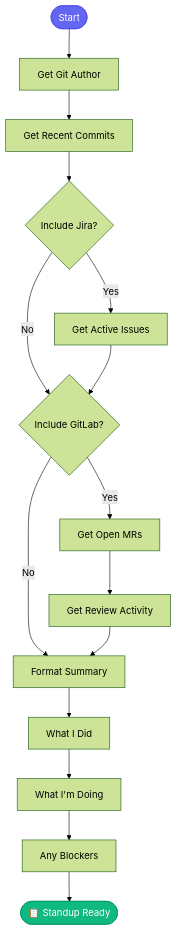
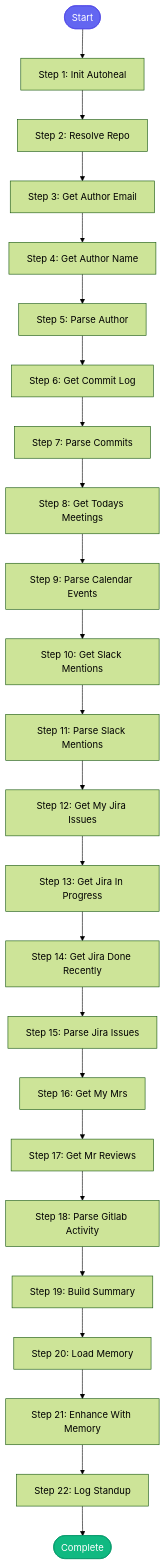
Before and after one commit to dmzoneill/redhat-ai-workflow: the diagram in docs/skills/standup_summary.md, drawn with Mermaid (forest theme). The commit also changed other lines of this file and 49 other files, not shown here.

````diff
--- a/docs/skills/standup_summary.md
+++ b/docs/skills/standup_summary.md
@@ -32,25 +46,52 @@
 ```mermaid
 flowchart TD
-    START([Start]) --> AUTHOR[Get Git Author]
-    AUTHOR --> COMMITS[Get Recent Commits]
-
-    COMMITS --> JIRA{Include Jira?}
-    JIRA -->|Yes| ISSUES[Get Active Issues]
-    JIRA -->|No| GITLAB_CHECK
-    ISSUES --> GITLAB_CHECK
-
-    GITLAB_CHECK{Include GitLab?}
-    GITLAB_CHECK -->|Yes| MRS[Get Open MRs]
-    GITLAB_CHECK -->|No| FORMAT
-    MRS --> REVIEWS[Get Review Activity]
-    REVIEWS --> FORMAT
-
-    FORMAT[Format Summary] --> YESTERDAY[What I Did]
-    YESTERDAY --> TODAY[What I'm Doing]
-    TODAY --> BLOCKERS[Any Blockers]
-
-    BLOCKERS --> DONE([📋 Standup Ready])
+    START([Start])
+    STEP1[Step 1: Init Autoheal]
+    START --> STEP1
+    STEP2[Step 2: Resolve Repo]
+    STEP1 --> STEP2
+    STEP3[Step 3: Get Author Email]
+    STEP2 --> STEP3
+    STEP4[Step 4: Get Author Name]
+    STEP3 --> STEP4
+    STEP5[Step 5: Parse Author]
+    STEP4 --> STEP5
+    STEP6[Step 6: Get Commit Log]
+    STEP5 --> STEP6
+    STEP7[Step 7: Parse Commits]
+    STEP6 --> STEP7
+    STEP8[Step 8: Get Todays Meetings]
+    STEP7 --> STEP8
+    STEP9[Step 9: Parse Calendar Events]
+    STEP8 --> STEP9
+    STEP10[Step 10: Get Slack Mentions]
+    STEP9 --> STEP10
+    STEP11[Step 11: Parse Slack Mentions]
+    STEP10 --> STEP11
+    STEP12[Step 12: Get My Jira Issues]
+    STEP11 --> STEP12
+    STEP13[Step 13: Get Jira In Progress]
+    STEP12 --> STEP13
+    STEP14[Step 14: Get Jira Done Recently]
+    STEP13 --> STEP14
+    STEP15[Step 15: Parse Jira Issues]
+    STEP14 --> STEP15
+    STEP16[Step 16: Get My Mrs]
+    STEP15 --> STEP16
+    STEP17[Step 17: Get Mr Reviews]
+    STEP16 --> STEP17
+    STEP18[Step 18: Parse Gitlab Activity]
+    STEP17 --> STEP18
+    STEP19[Step 19: Build Summary]
+    STEP18 --> STEP19
+    STEP20[Step 20: Load Memory]
+    STEP19 --> STEP20
+    STEP21[Step 21: Enhance With Memory]
+    STEP20 --> STEP21
+    STEP22[Step 22: Log Standup]
+    STEP21 --> STEP22
+    STEP22 --> DONE([Complete])
 
     style START fill:#6366f1,stroke:#4f46e5,color:#fff
     style DONE fill:#10b981,stroke:#059669,color:#fff
 ```
````
